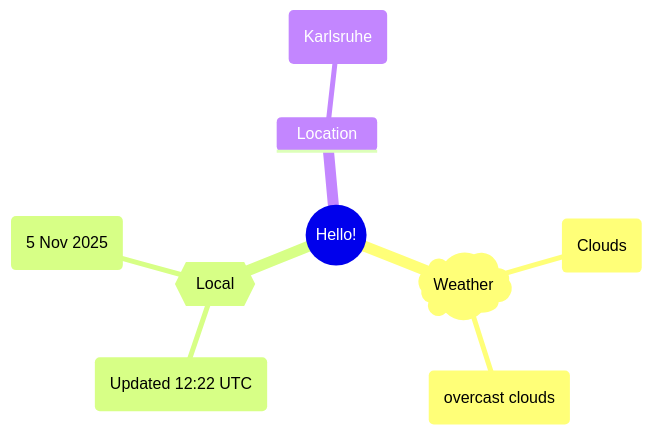
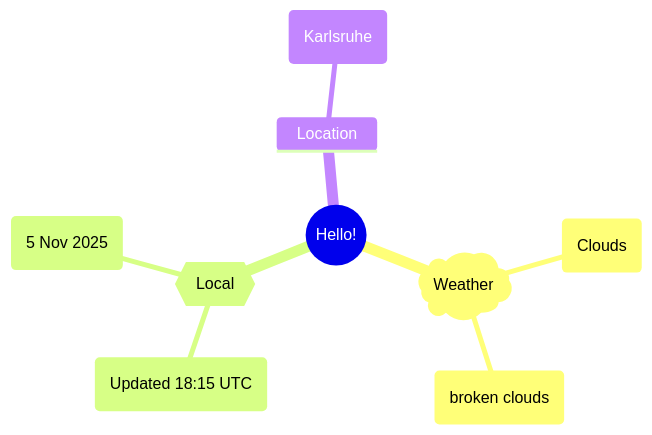
The first of 2 diagrams in README.md (Xosrov/Xosrov), drawn with Mermaid before and after one commit.

Commit message:
[bot] updated images

````diff
--- a/README.md
+++ b/README.md
@@ -3,12 +3,12 @@
 ```mermaid
 mindmap
   root((Hello!))
     )Weather(
         (Clouds)
-        (overcast clouds)
+        (broken clouds)
     {{Local}}
-        (Updated 12:22 UTC)
+        (Updated 18:15 UTC)
         (5 Nov 2025)
     Location
         (Karlsruhe)
 ```
````
